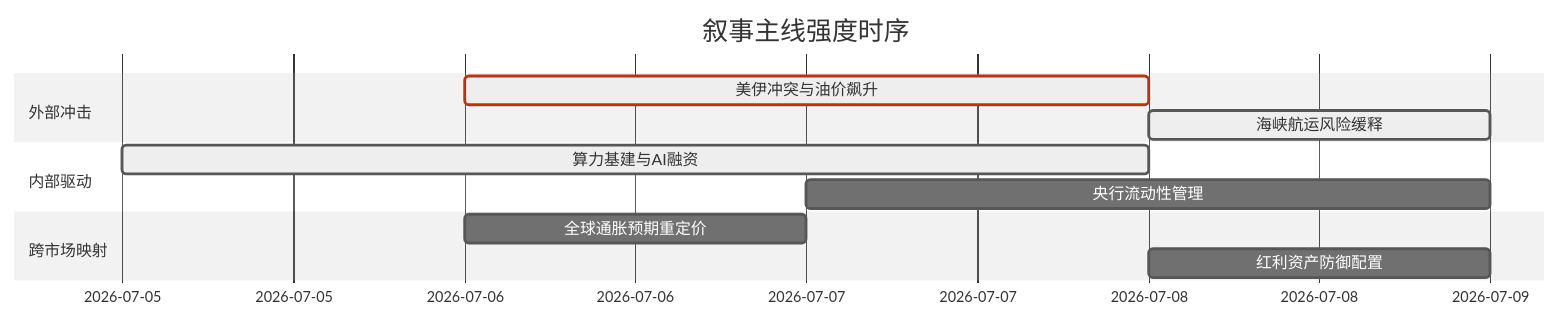
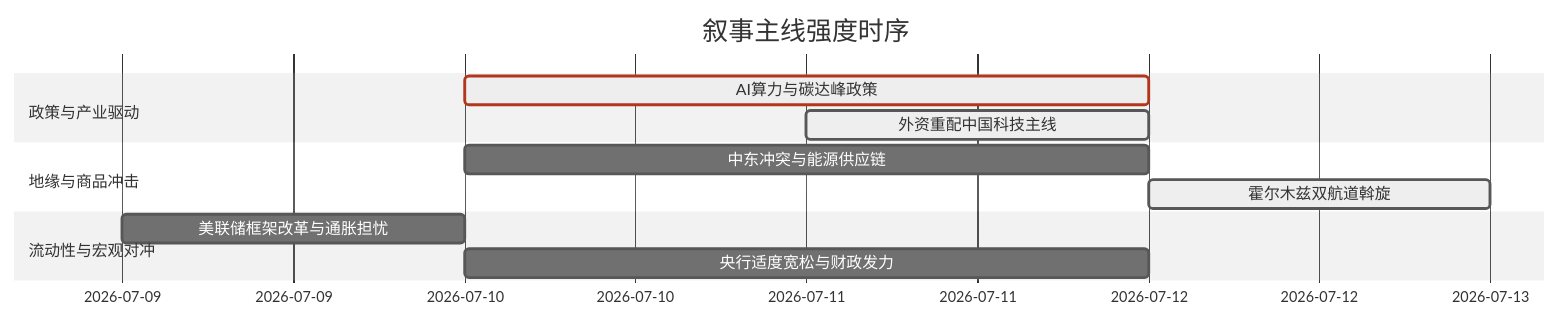
The diagram in 5day_report.md (uu5zn/uu5zn.github.io), drawn with Mermaid (neutral theme) before and after one commit. The commit also changed other lines of this file and 4 other files, not shown here.

````diff
--- a/5day_report.md
+++ b/5day_report.md
@@ -56,16 +55,16 @@
 ```mermaid
 gantt
     title 叙事主线强度时序
     dateFormat  YYYY-MM-DD
-    section 外部冲击
-    美伊冲突与油价飙升   :crit, active, 2026-07-06, 2d
-    海峡航运风险缓释   :active, 2026-07-08, 1d
+    section 政策与产业驱动
+    AI算力与碳达峰政策   :crit, active, 2026-07-10, 2d
+    外资重配中国科技主线   :active, 2026-07-11, 1d
     
-    section 内部驱动
-    算力基建与AI融资   :active, 2026-07-05, 3d
-    央行流动性管理   :2026-07-07, 2d
+    section 地缘与商品冲击
+    中东冲突与能源供应链   :2026-07-10, 2d
+    霍尔木兹双航道斡旋   :active, 2026-07-12, 1d
     
-    section 跨市场映射
-    全球通胀预期重定价   :2026-07-06, 1d
-    红利资产防御配置   :2026-07-08, 1d
+    section 流动性与宏观对冲
+    美联储框架改革与通胀担忧   :2026-07-09, 1d
+    央行适度宽松与财政发力   :2026-07-10, 2d
 ```
````
